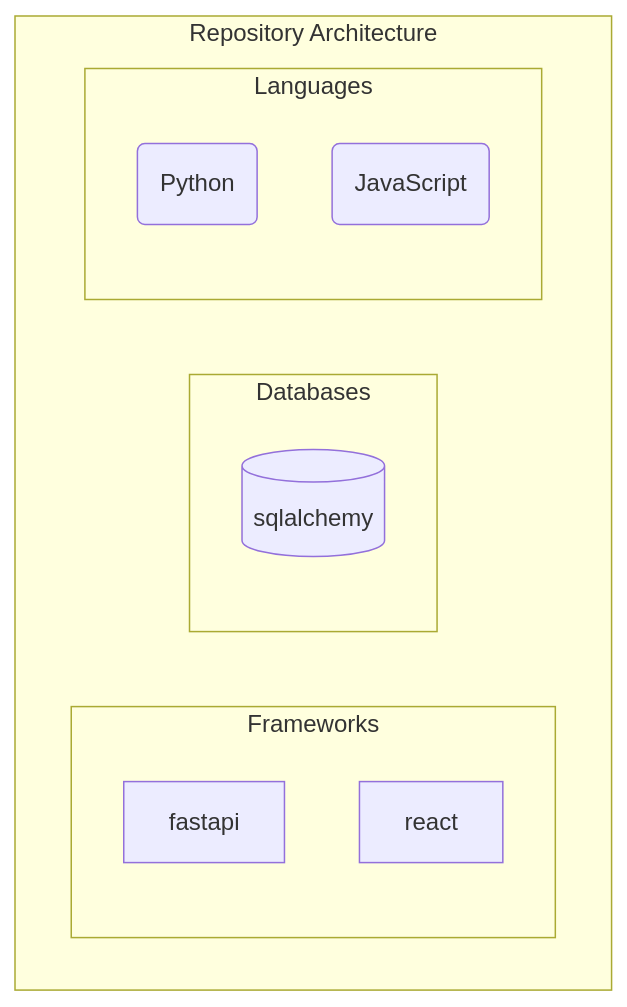
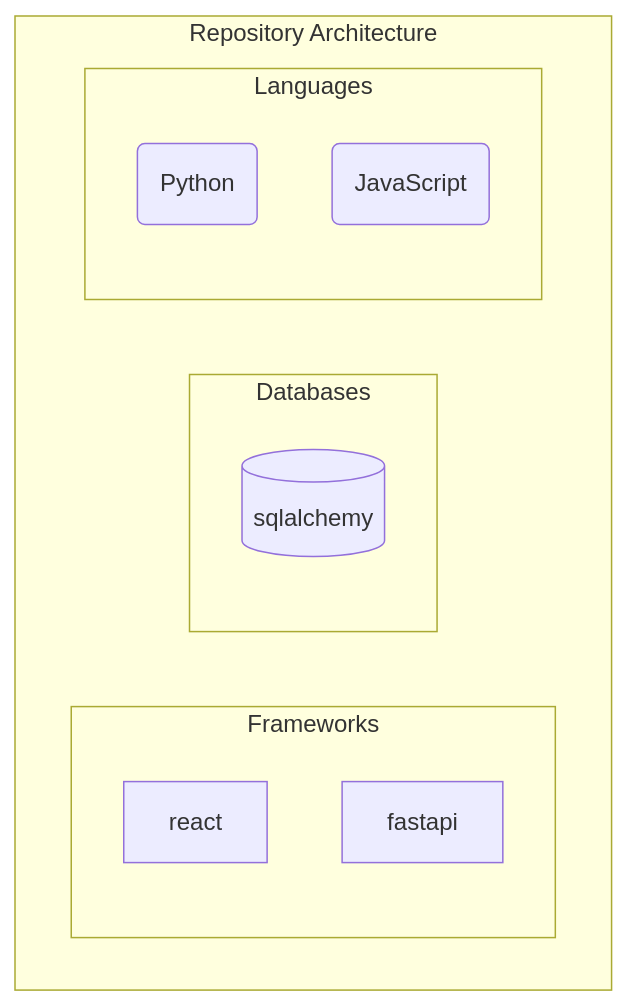
The diagram in architecture_diagram.md (NITISH-R-G/INFOSYS-SPRINGBOARD), drawn with Mermaid before and after one commit. The commit also changed 4 other files, not shown here.

Commit message:
docs: auto-update repository documentation and graphs

````diff
--- a/architecture_diagram.md
+++ b/architecture_diagram.md
@@ -1,16 +1,16 @@
 ```mermaid
 graph TD
     subgraph Repository Architecture
         subgraph Frameworks
-            F0[fastapi]
-            F1[react]
+            F0[react]
+            F1[fastapi]
         end
         subgraph Databases
             D0[(sqlalchemy)]
         end
         subgraph Languages
             L0(Python)
             L1(JavaScript)
         end
     end
 ```
````
